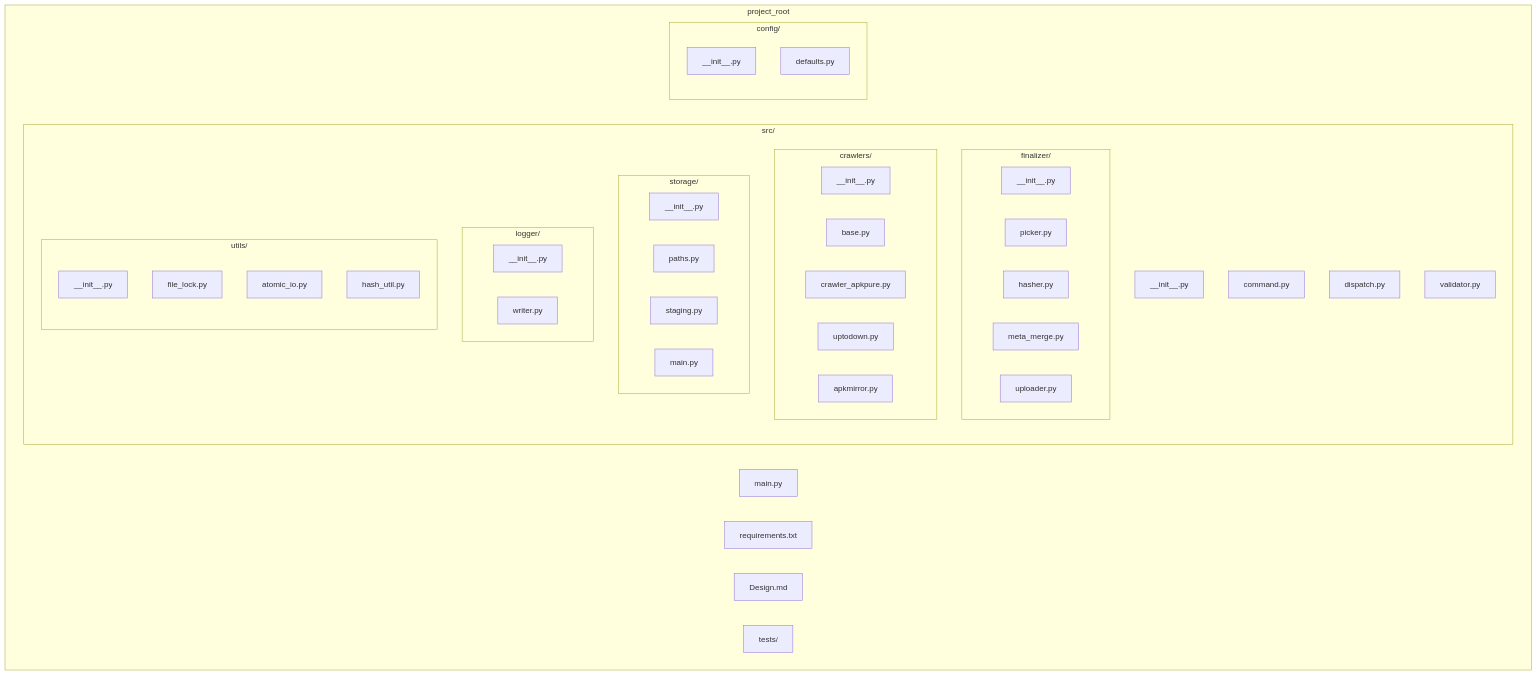
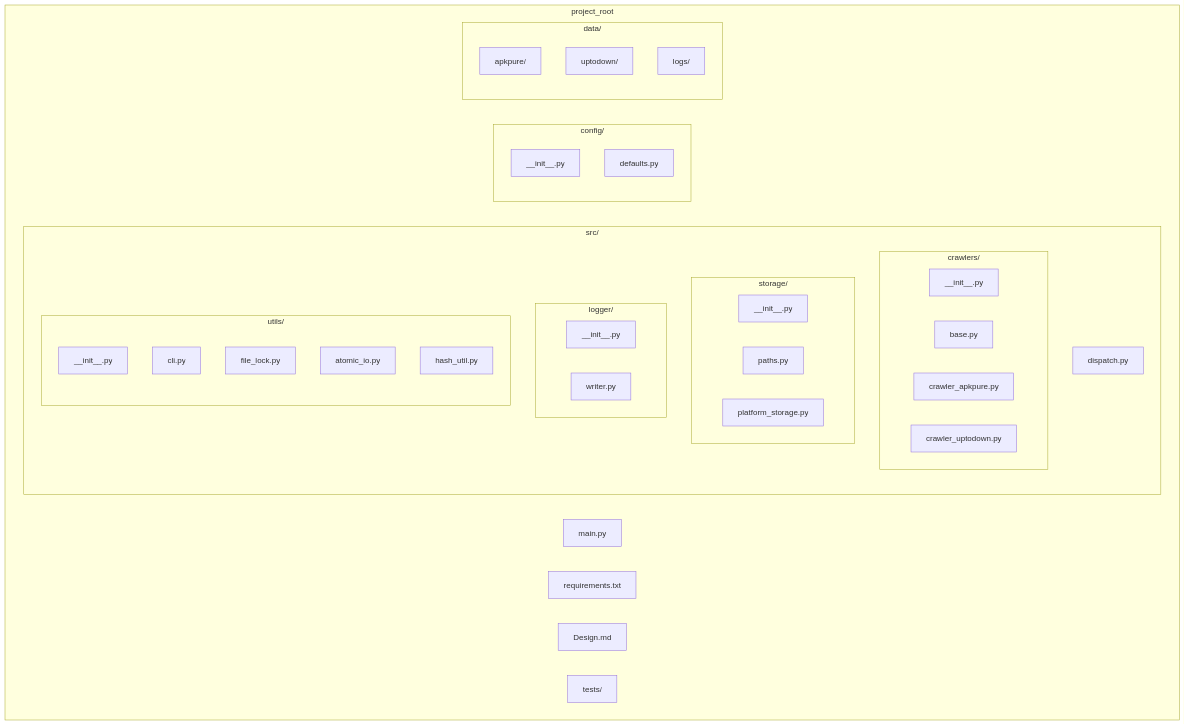
Before and after one commit to WartDipara/apks-crawler: the third of 3 diagrams in Design.md, drawn with Mermaid. The commit also changed other lines of this file and 18 other files, not shown here.

Commit message:
uptodown platform support, change project structure

````diff
--- a/Design.md
+++ b/Design.md
@@ -147,49 +80,43 @@
 ```mermaid
 flowchart TD
     subgraph root [project_root]
         mainPy[main.py]
         req[requirements.txt]
         designMd[Design.md]
         subgraph src [src/]
-            srcInit[__init__.py]
-            commandPy[command.py]
             dispatchPy[dispatch.py]
-            validatorPy[validator.py]
-            subgraph finalizer [finalizer/]
-                fInit[__init__.py]
-                pickerPy[picker.py]
-                hasherPy[hasher.py]
-                metaMergePy[meta_merge.py]
-                uploaderPy[uploader.py]
-            end
             subgraph crawlers [crawlers/]
                 cInit[__init__.py]
                 basePy[base.py]
                 apkpurePy[crawler_apkpure.py]
-                uptodownPy[uptodown.py]
-                apkmirrorPy[apkmirror.py]
+                uptodownPy[crawler_uptodown.py]
             end
             subgraph storage [storage/]
                 sInit[__init__.py]
                 pathsPy[paths.py]
-                stagingPy[staging.py]
-                mainStoragePy[main.py]
+                platformStoragePy[platform_storage.py]
             end
             subgraph logger [logger/]
                 lInit[__init__.py]
                 writerPy[writer.py]
             end
             subgraph utils [utils/]
                 uInit[__init__.py]
+                cliPy[cli.py]
                 fileLockPy[file_lock.py]
                 atomicIoPy[atomic_io.py]
                 hashUtilPy[hash_util.py]
             end
         end
         subgraph config [config/]
             configInit[__init__.py]
             defaultsPy[defaults.py]
         end
+        subgraph data [data/]
+            apkpureDir[apkpure/]
+            uptodownDir[uptodown/]
+            logsDir[logs/]
+        end
         testsDir[tests/]
     end
 ```
````
